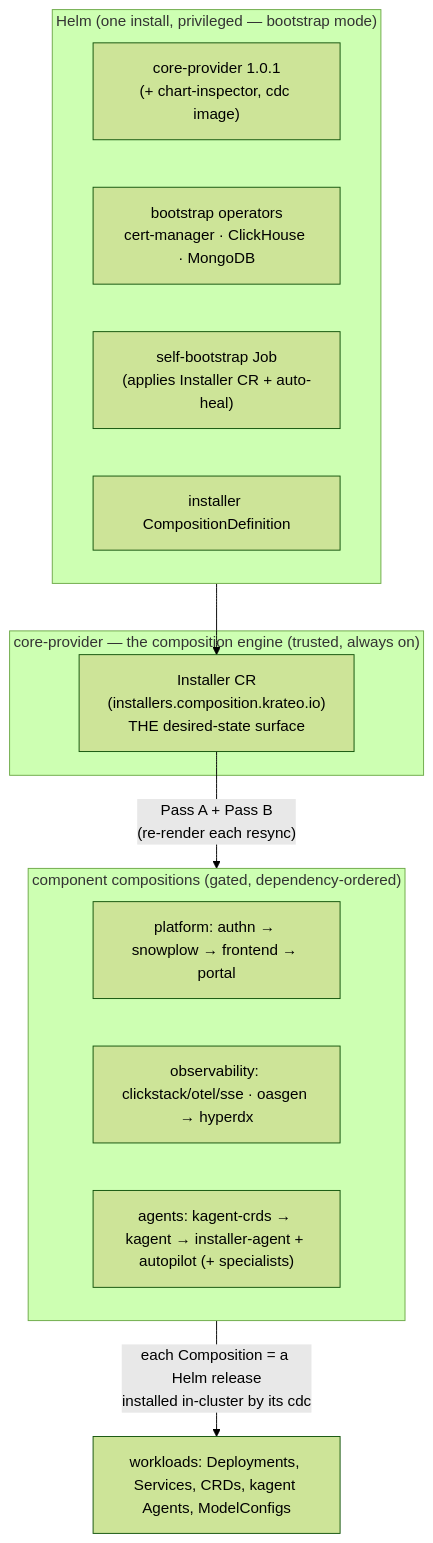
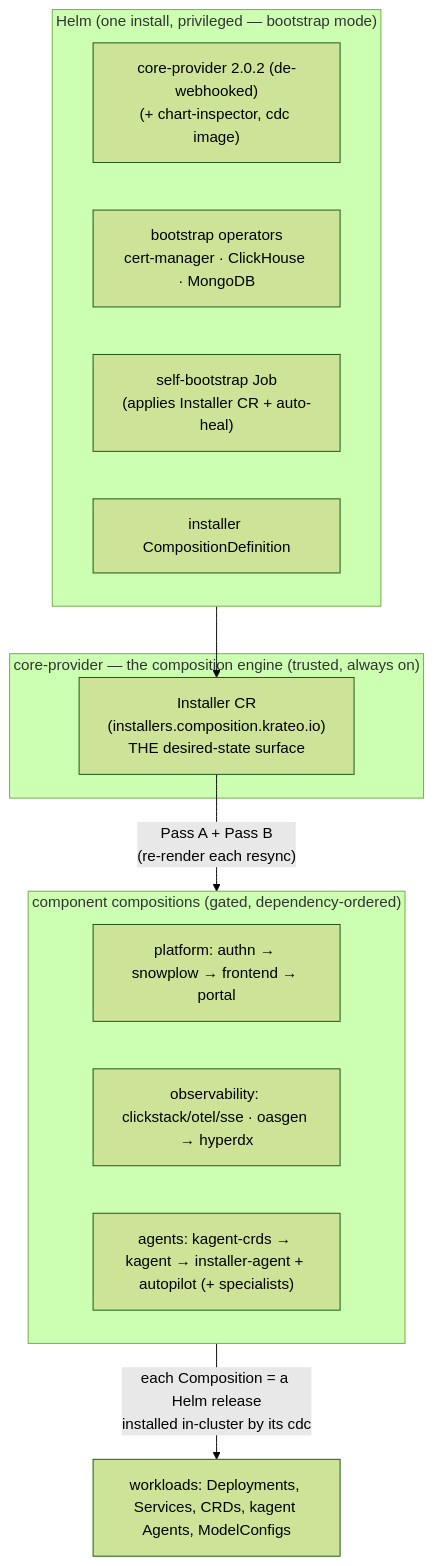
The first of 8 diagrams in ARCHITECTURE.md (braghettos/installer), drawn with Mermaid (forest theme) before and after one commit. The commit also changed other lines of this file and 8 other files, not shown here.

````diff
--- a/ARCHITECTURE.md
+++ b/ARCHITECTURE.md
@@ -19,22 +19,22 @@
 ```mermaid
 flowchart TB
     subgraph helm["Helm (one install, privileged — bootstrap mode)"]
-        cp["core-provider 1.0.1<br/>(+ chart-inspector, cdc image)"]
+        cp["core-provider 2.0.2 (de-webhooked)<br/>(+ chart-inspector, cdc image)"]
         ops["bootstrap operators<br/>cert-manager · ClickHouse · MongoDB"]
         sb["self-bootstrap Job<br/>(applies Installer CR + auto-heal)"]
         icd["installer CompositionDefinition"]
     end
     subgraph engine["core-provider — the composition engine (trusted, always on)"]
         cr["Installer CR<br/>(installers.composition.krateo.io)<br/>THE desired-state surface"]
     end
     subgraph comps["component compositions (gated, dependency-ordered)"]
         plat["platform: authn → snowplow → frontend → portal"]
         obs["observability: clickstack/otel/sse · oasgen → hyperdx"]
         agents["agents: kagent-crds → kagent → installer-agent + autopilot (+ specialists)"]
     end
     work["workloads: Deployments, Services, CRDs, kagent Agents, ModelConfigs"]
 
     helm --> cr
     cr -->|"Pass A + Pass B<br/>(re-render each resync)"| comps
     comps -->|"each Composition = a Helm release<br/>installed in-cluster by its cdc"| work
 ```
````
